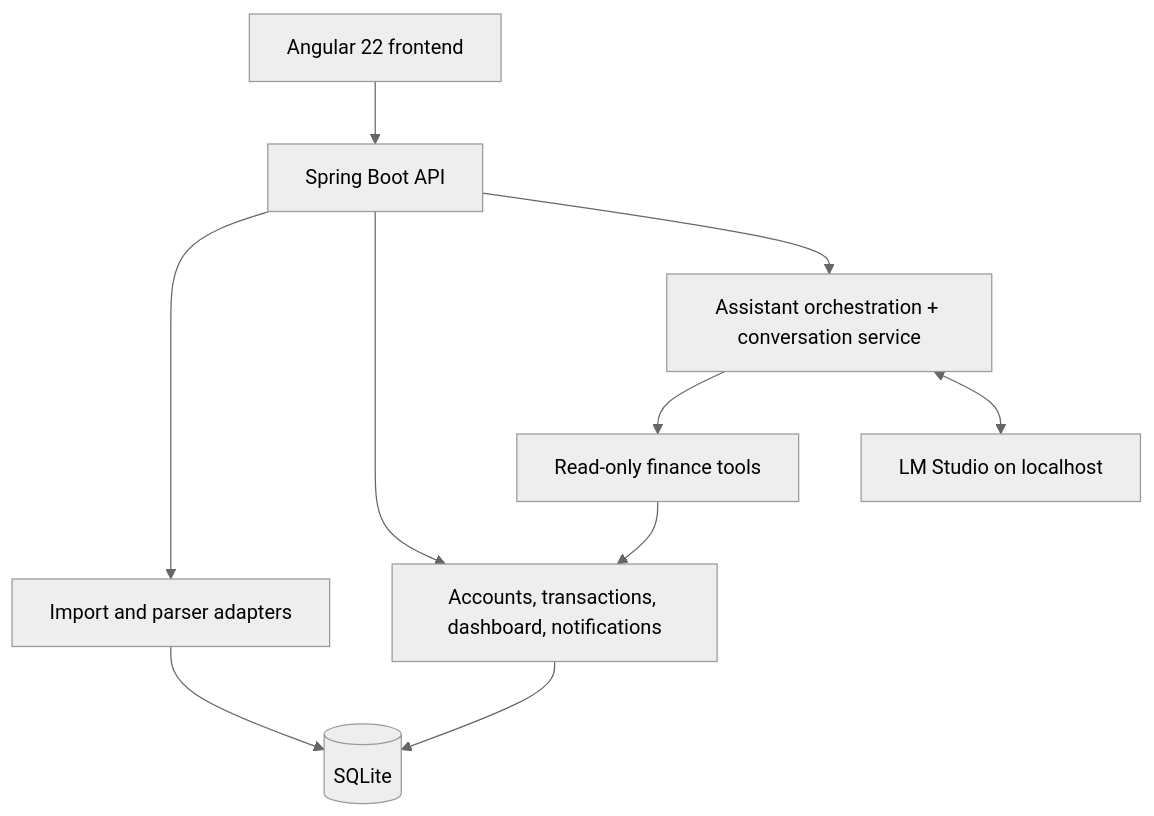
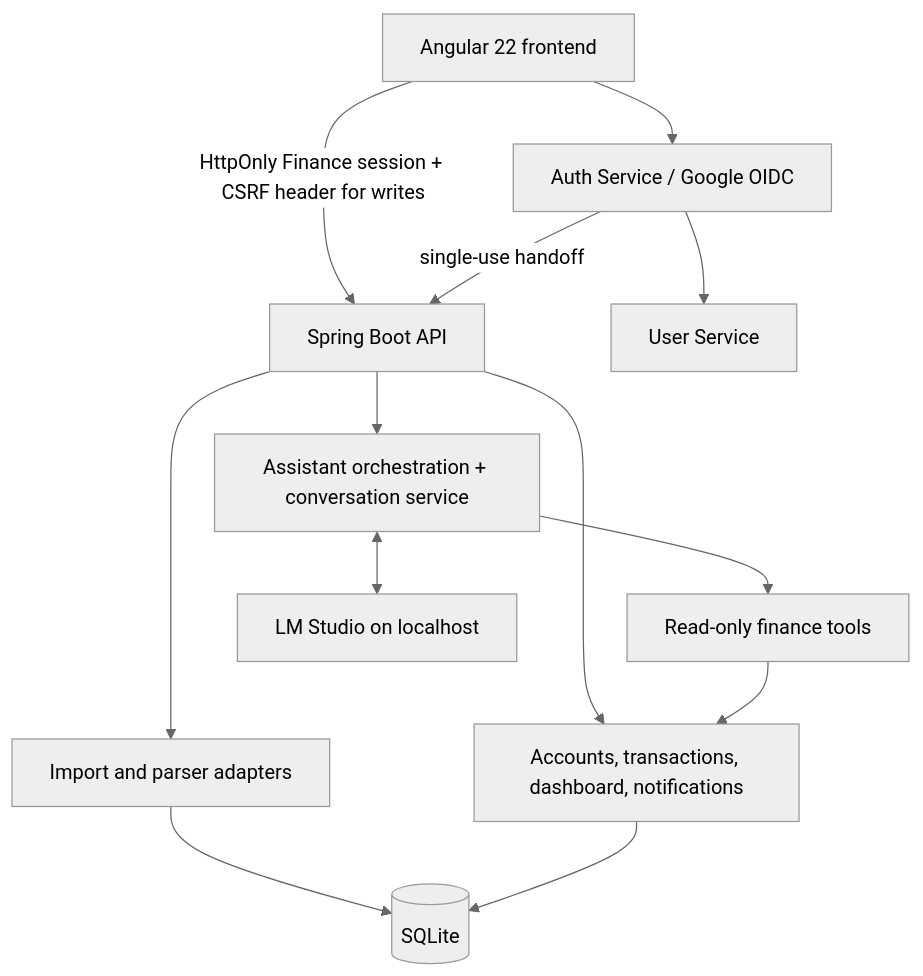
The diagram in docs/ARCHITECTURE.md (prprathikantam1991/personal-finance-tracker), drawn with Mermaid (neutral theme) before and after one commit. The commit also changed other lines of this file and 19 other files, not shown here.

````diff
--- a/docs/ARCHITECTURE.md
+++ b/docs/ARCHITECTURE.md
@@ -5,12 +5,15 @@
 ```mermaid
 flowchart TB
-    UI[Angular 22 frontend] --> API[Spring Boot API]
+    UI[Angular 22 frontend] -->|HttpOnly Finance session + CSRF header for writes| API[Spring Boot API]
+    UI --> Auth[Auth Service / Google OIDC]
+    Auth --> Users[User Service]
+    Auth -->|single-use handoff| API
     API --> IMPORT[Import and parser adapters]
     API --> FINANCE[Accounts, transactions, dashboard, notifications]
     API --> ASSISTANT[Assistant orchestration + conversation service]
     IMPORT --> DB[(SQLite)]
     FINANCE --> DB
     ASSISTANT --> TOOLS[Read-only finance tools]
     TOOLS --> FINANCE
     ASSISTANT <--> LM[LM Studio on localhost]
 ```
````
